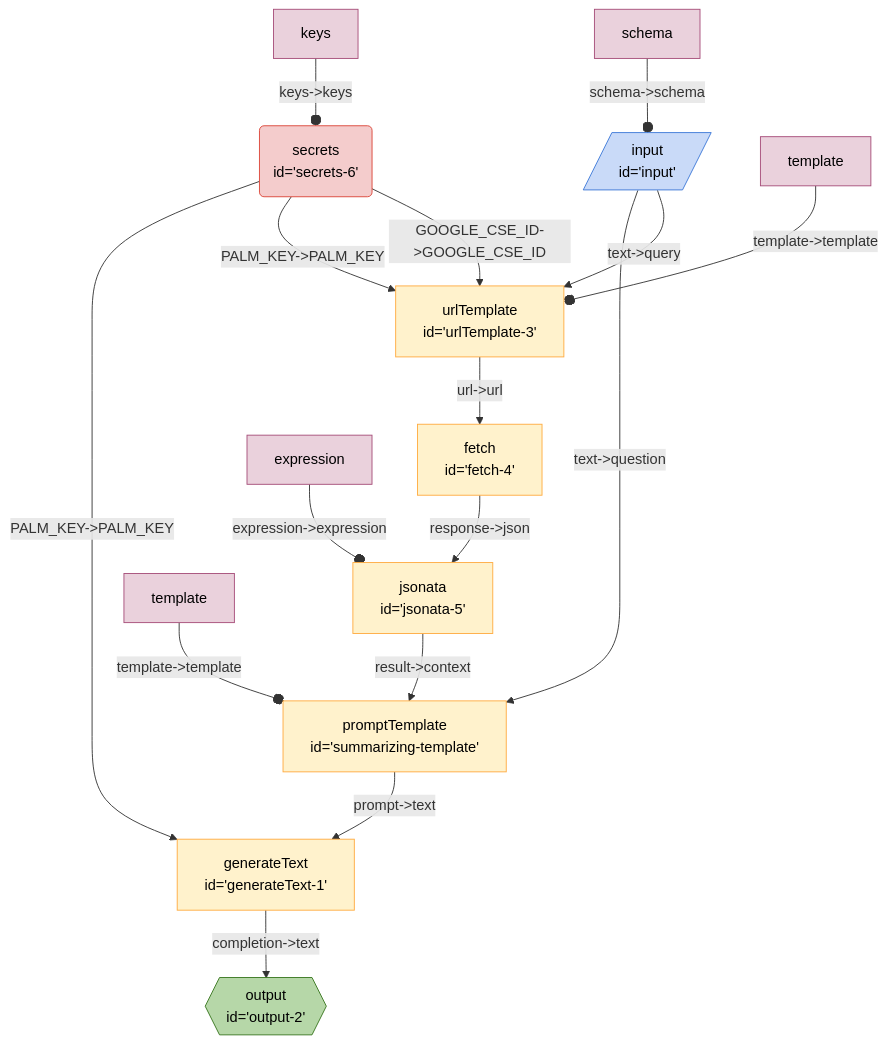
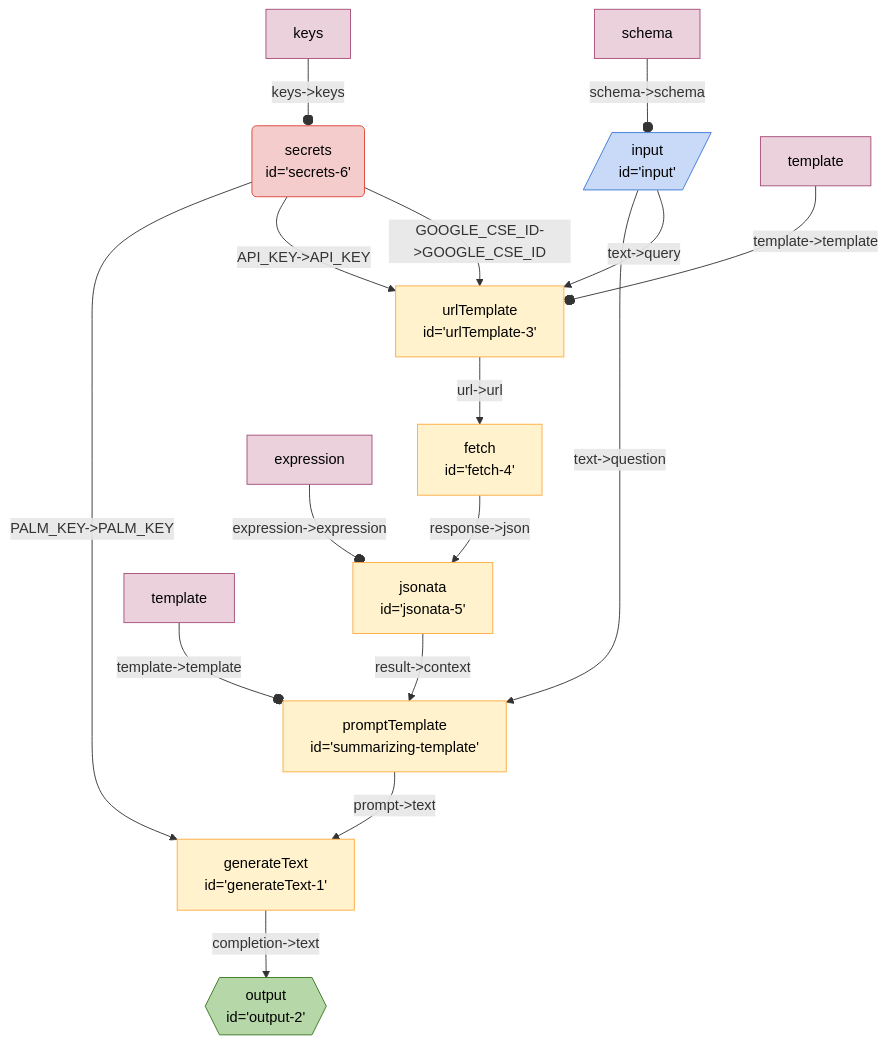
One commit to breadboard-ai/breadboard changed the diagram in seeds/graph-playground/docs/graphs/search-summarize.md. Above: the diagram before and after it, drawn with Mermaid. The commit also changed 11 other files, not shown here.

````diff
--- a/seeds/graph-playground/docs/graphs/search-summarize.md
+++ b/seeds/graph-playground/docs/graphs/search-summarize.md
@@ -5,27 +5,27 @@
   ```mermaid
   %%{init: 'themeVariables': { 'fontFamily': 'Fira Code, monospace' }}%%
 graph TD;
 generateText1["generateText <br> id='generateText-1'"] -- "completion->text" --> output2{{"output <br> id='output-2'"}}:::output
 summarizingtemplate["promptTemplate <br> id='summarizing-template'"] -- "prompt->text" --> generateText1["generateText <br> id='generateText-1'"]
 jsonata5["jsonata <br> id='jsonata-5'"] -- "result->context" --> summarizingtemplate["promptTemplate <br> id='summarizing-template'"]
 fetch4["fetch <br> id='fetch-4'"] -- "response->json" --> jsonata5["jsonata <br> id='jsonata-5'"]
 urlTemplate3["urlTemplate <br> id='urlTemplate-3'"] -- "url->url" --> fetch4["fetch <br> id='fetch-4'"]
 secrets6("secrets <br> id='secrets-6'"):::secrets -- "PALM_KEY->PALM_KEY" --> generateText1["generateText <br> id='generateText-1'"]
-secrets6("secrets <br> id='secrets-6'"):::secrets -- "PALM_KEY->PALM_KEY" --> urlTemplate3["urlTemplate <br> id='urlTemplate-3'"]
+secrets6("secrets <br> id='secrets-6'"):::secrets -- "API_KEY->API_KEY" --> urlTemplate3["urlTemplate <br> id='urlTemplate-3'"]
 secrets6("secrets <br> id='secrets-6'"):::secrets -- "GOOGLE_CSE_ID->GOOGLE_CSE_ID" --> urlTemplate3["urlTemplate <br> id='urlTemplate-3'"]
 input[/"input <br> id='input'"/]:::input -- "text->question" --> summarizingtemplate["promptTemplate <br> id='summarizing-template'"]
 input[/"input <br> id='input'"/]:::input -- "text->query" --> urlTemplate3["urlTemplate <br> id='urlTemplate-3'"]
 templatesummarizingtemplate[template]:::config -- "template->template" --o summarizingtemplate
 templateurlTemplate3[template]:::config -- "template->template" --o urlTemplate3
 expressionjsonata5[expression]:::config -- "expression->expression" --o jsonata5
 keyssecrets6[keys]:::config -- "keys->keys" --o secrets6
 schemainput[schema]:::config -- "schema->schema" --o input
 classDef default stroke:#ffab40,fill:#fff2ccff,color:#000
 classDef input stroke:#3c78d8,fill:#c9daf8ff,color:#000
 classDef output stroke:#38761d,fill:#b6d7a8ff,color:#000
 classDef passthrough stroke:#a64d79,fill:#ead1dcff,color:#000
 classDef slot stroke:#a64d79,fill:#ead1dcff,color:#000
 classDef config stroke:#a64d79,fill:#ead1dcff,color:#000
 classDef secrets stroke:#db4437,fill:#f4cccc,color:#000
 classDef slotted stroke:#a64d79
   ```
````
